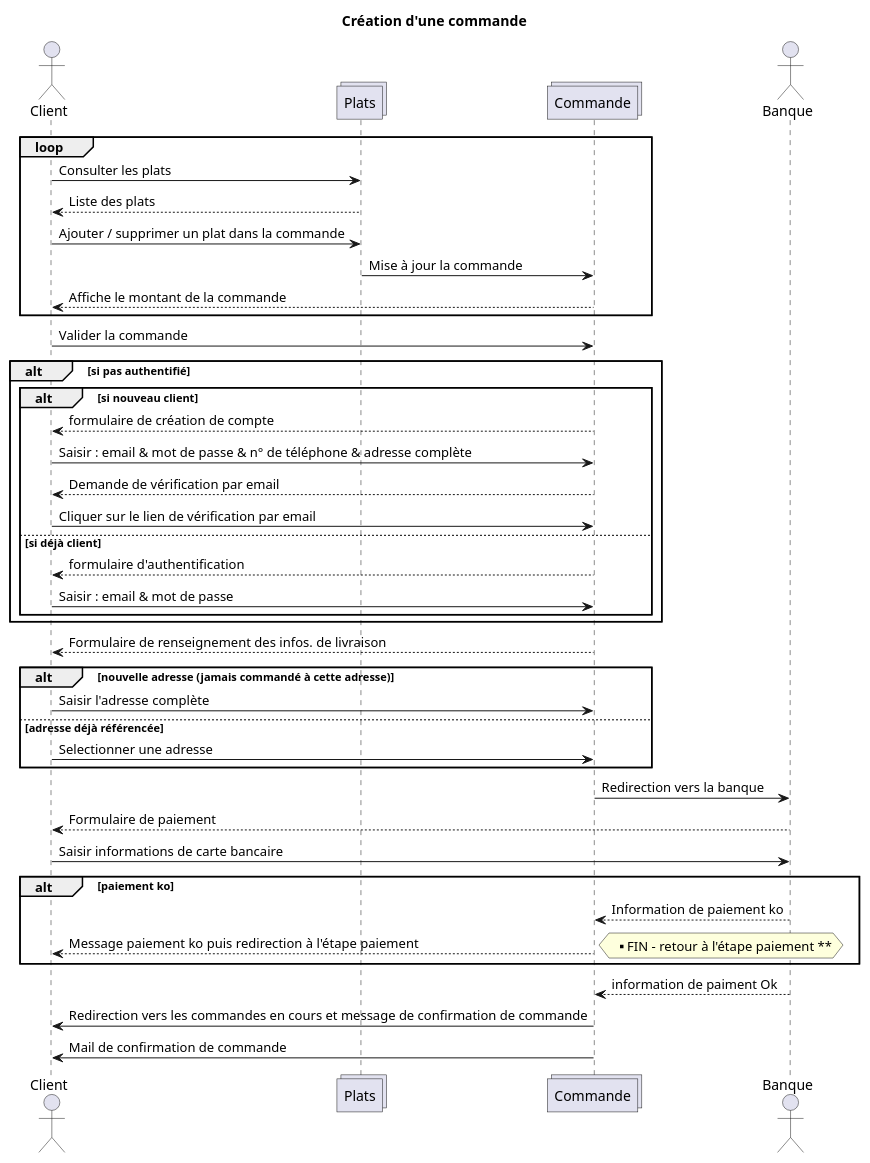
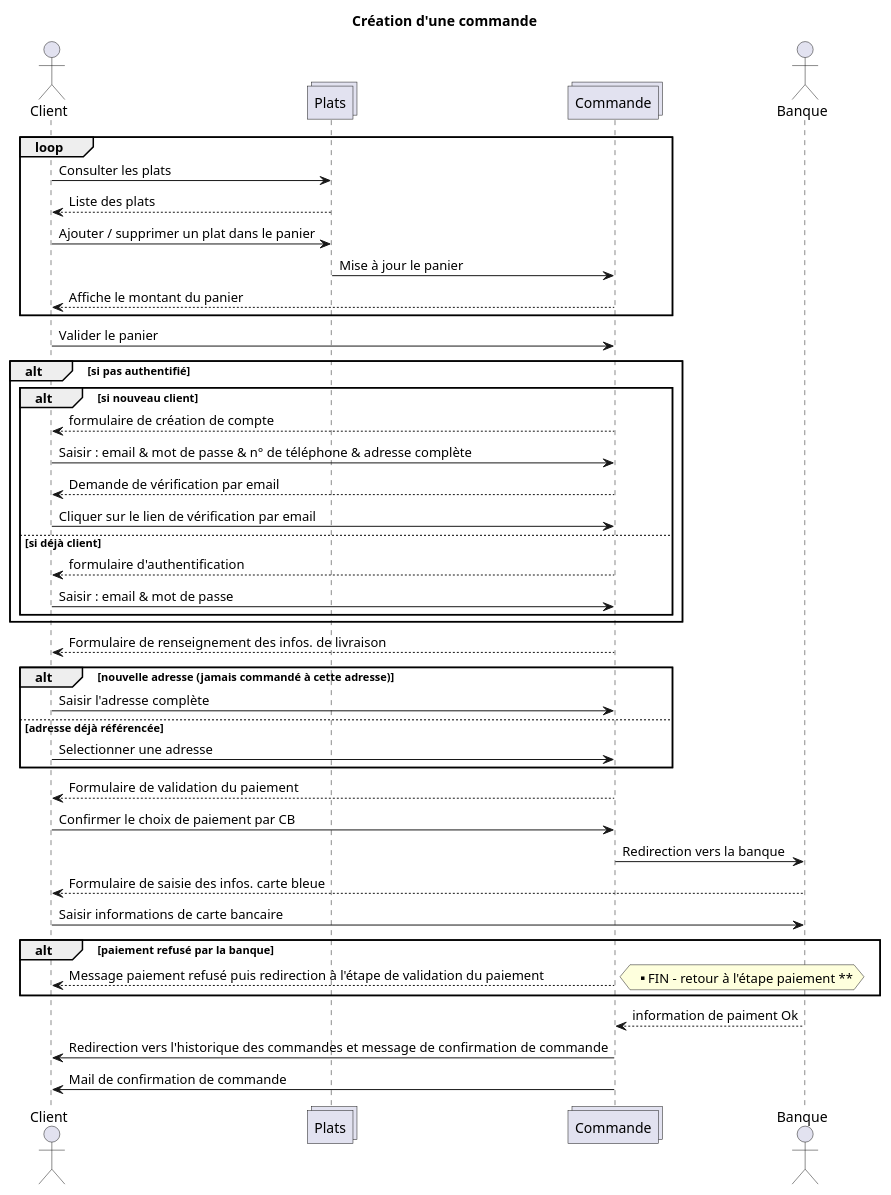
The diagram in uml/sequence-commande.plantuml (sjaulin/expressfood), drawn with PlantUML before and after one commit. The commit also changed 1 other file, not shown here.

Commit message:
UPDATE sequence diagramme

```diff
--- a/uml/sequence-commande.plantuml
+++ b/uml/sequence-commande.plantuml
@@ -1,43 +1,44 @@
 @startuml
 title Création d'une commande
 actor Client
 collections Plats 
 collections Commande
 actor Banque
 loop
 Client -> Plats : Consulter les plats
 Plats --> Client : Liste des plats
-Client -> Plats : Ajouter / supprimer un plat dans la commande
-Plats -> Commande : Mise à jour la commande
-Commande --> Client : Affiche le montant de la commande
+Client -> Plats : Ajouter / supprimer un plat dans le panier
+Plats -> Commande : Mise à jour le panier
+Commande --> Client : Affiche le montant du panier
 end
-Client -> Commande : Valider la commande
+Client -> Commande : Valider le panier
 alt si pas authentifié
     alt si nouveau client
     Commande --> Client : formulaire de création de compte
     Client -> Commande : Saisir : email & mot de passe & n° de téléphone & adresse complète
     Commande --> Client : Demande de vérification par email
     Client -> Commande : Cliquer sur le lien de vérification par email
     else si déjà client
     Commande --> Client : formulaire d'authentification
     Client -> Commande : Saisir : email & mot de passe
     end
 end
 Commande --> Client : Formulaire de renseignement des infos. de livraison
 alt nouvelle adresse (jamais commandé à cette adresse)
 Client -> Commande :  Saisir l'adresse complète
 else adresse déjà référencée
 Client -> Commande : Selectionner une adresse
 end
+Commande --> Client : Formulaire de validation du paiement
+Client -> Commande : Confirmer le choix de paiement par CB
 Commande -> Banque : Redirection vers la banque
-Banque --> Client : Formulaire de paiement
+Banque --> Client : Formulaire de saisie des infos. carte bleue
 Client -> Banque : Saisir informations de carte bancaire
-alt paiement ko
-Banque --> Commande : Information de paiement ko
-Commande --> Client : Message paiement ko puis redirection à l'étape paiement
+alt paiement refusé par la banque
+Commande --> Client : Message paiement refusé puis redirection à l'étape de validation du paiement
 hnote right : ** FIN - retour à l'étape paiement **
 end
 Banque --> Commande : information de paiment Ok 
-Commande -> Client : Redirection vers les commandes en cours et message de confirmation de commande
+Commande -> Client : Redirection vers l'historique des commandes et message de confirmation de commande
 Commande -> Client : Mail de confirmation de commande
 @enduml
```
